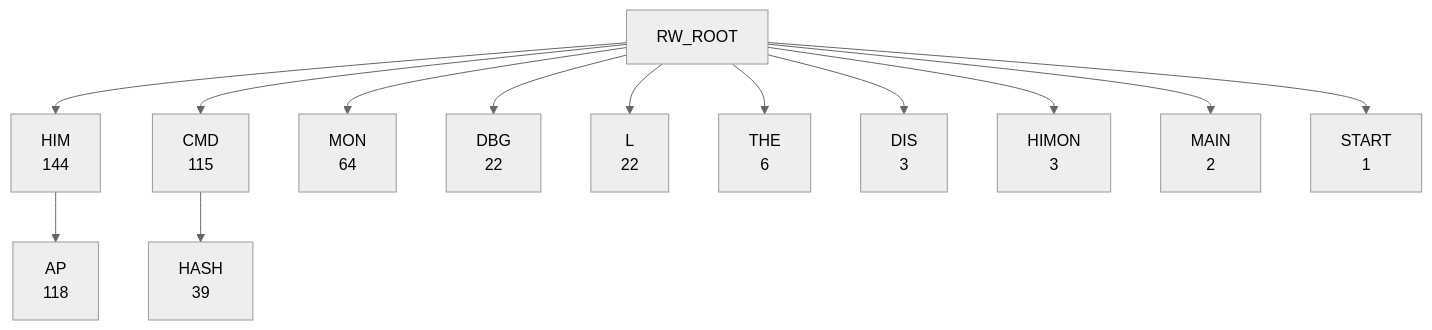
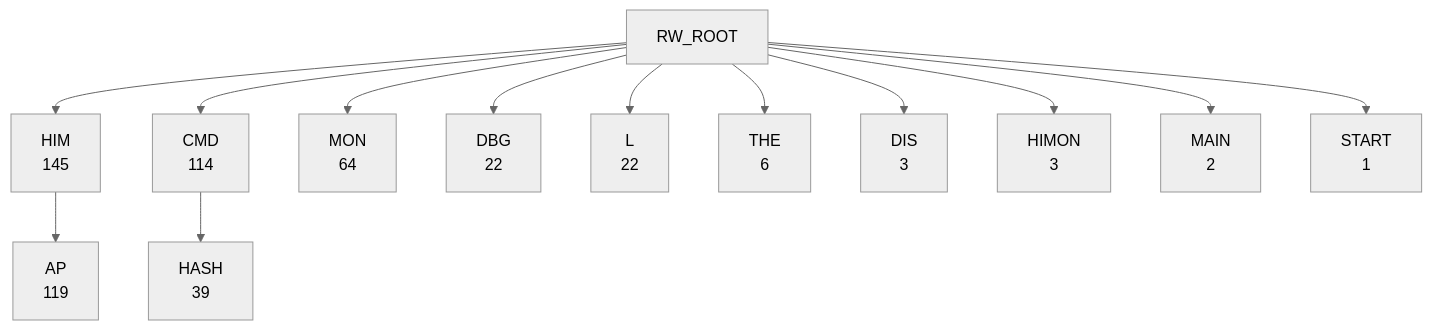
The second of 7 diagrams in DOC/GENERATED/ROUTINE_WORD_TREE.md (95westus/R-YORS), drawn with Mermaid (neutral theme) before and after one commit. The commit also changed other lines of this file and 59 other files, not shown here.

````diff
--- a/DOC/GENERATED/ROUTINE_WORD_TREE.md
+++ b/DOC/GENERATED/ROUTINE_WORD_TREE.md
@@ -28,15 +28,15 @@
 ```mermaid
 flowchart TD
-    RW_ROOT --> RW_HIM["HIM<br/>144"]
-    RW_ROOT --> RW_CMD["CMD<br/>115"]
+    RW_ROOT --> RW_HIM["HIM<br/>145"]
+    RW_ROOT --> RW_CMD["CMD<br/>114"]
     RW_ROOT --> RW_MON["MON<br/>64"]
     RW_ROOT --> RW_DBG["DBG<br/>22"]
     RW_ROOT --> RW_L["L<br/>22"]
     RW_ROOT --> RW_THE["THE<br/>6"]
     RW_ROOT --> RW_DIS["DIS<br/>3"]
     RW_ROOT --> RW_HIMON["HIMON<br/>3"]
     RW_ROOT --> RW_MAIN["MAIN<br/>2"]
     RW_ROOT --> RW_START["START<br/>1"]
-    RW_HIM --> RW_HIM_AP["AP<br/>118"]
+    RW_HIM --> RW_HIM_AP["AP<br/>119"]
     RW_CMD --> RW_CMD_HASH["HASH<br/>39"]
 ```
````
